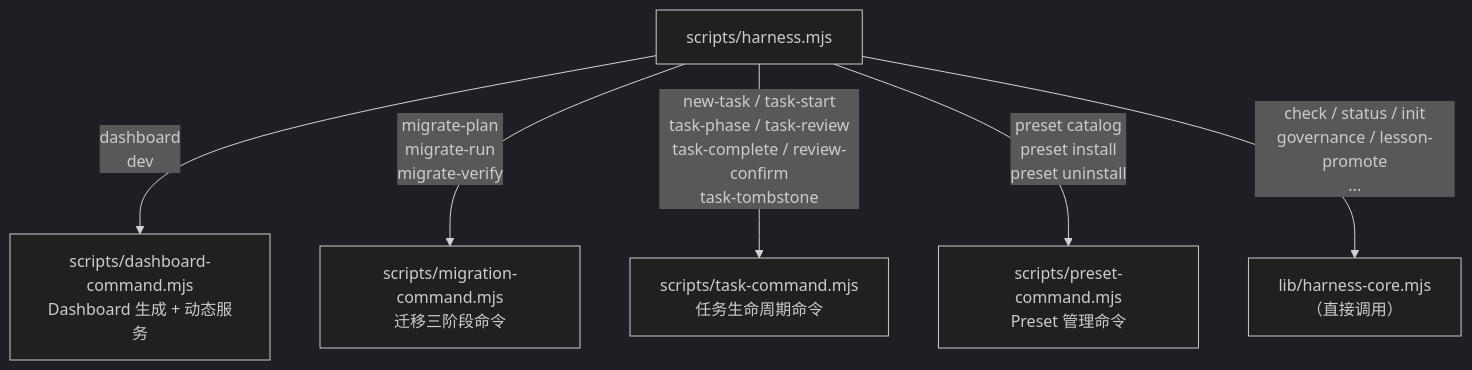
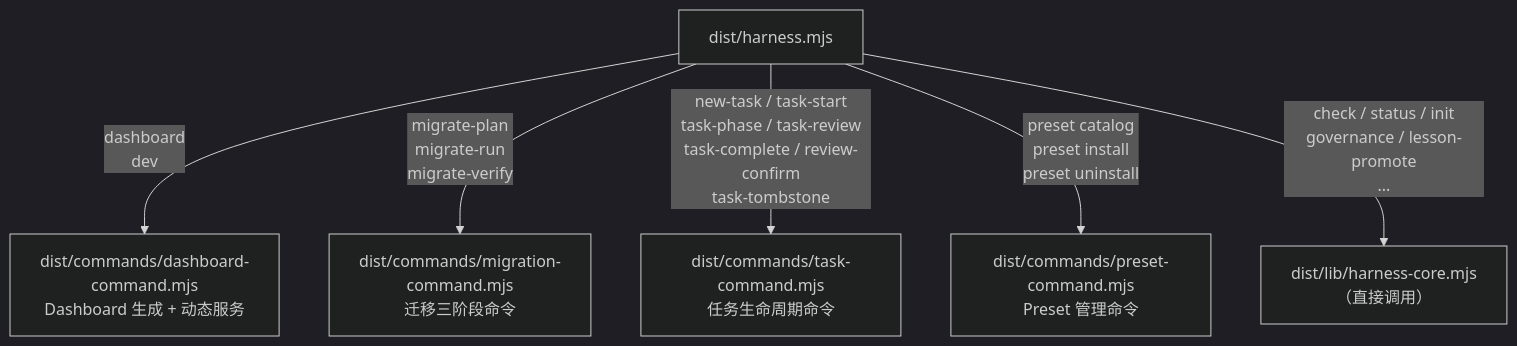
Before and after one commit to FairladyZ625/coding-agent-harness: the second of 10 diagrams in docs-release/architecture/system-explainer/02-module-dependency.md, drawn with Mermaid (dark theme). The commit also changed other lines of this file and 155 other files, not shown here.

````diff
--- a/docs-release/architecture/system-explainer/02-module-dependency.md
+++ b/docs-release/architecture/system-explainer/02-module-dependency.md
@@ -19,10 +19,10 @@
 ```mermaid
 flowchart TD
-  Entry["scripts/harness.mjs"]
+  Entry["dist/harness.mjs"]
 
-  Entry -->|"dashboard\ndev"| DashCmd["scripts/dashboard-command.mjs\nDashboard 生成 + 动态服务"]
-  Entry -->|"migrate-plan\nmigrate-run\nmigrate-verify"| MigCmd["scripts/migration-command.mjs\n迁移三阶段命令"]
-  Entry -->|"new-task / task-start\ntask-phase / task-review\ntask-complete / review-confirm\ntask-tombstone"| TaskCmd["scripts/task-command.mjs\n任务生命周期命令"]
-  Entry -->|"preset catalog\npreset install\npreset uninstall"| PresetCmd["scripts/preset-command.mjs\nPreset 管理命令"]
-  Entry -->|"check / status / init\ngovernance / lesson-promote\n..."| Core["lib/harness-core.mjs\n（直接调用）"]
+  Entry -->|"dashboard\ndev"| DashCmd["dist/commands/dashboard-command.mjs\nDashboard 生成 + 动态服务"]
+  Entry -->|"migrate-plan\nmigrate-run\nmigrate-verify"| MigCmd["dist/commands/migration-command.mjs\n迁移三阶段命令"]
+  Entry -->|"new-task / task-start\ntask-phase / task-review\ntask-complete / review-confirm\ntask-tombstone"| TaskCmd["dist/commands/task-command.mjs\n任务生命周期命令"]
+  Entry -->|"preset catalog\npreset install\npreset uninstall"| PresetCmd["dist/commands/preset-command.mjs\nPreset 管理命令"]
+  Entry -->|"check / status / init\ngovernance / lesson-promote\n..."| Core["dist/lib/harness-core.mjs\n（直接调用）"]
 ```
````
